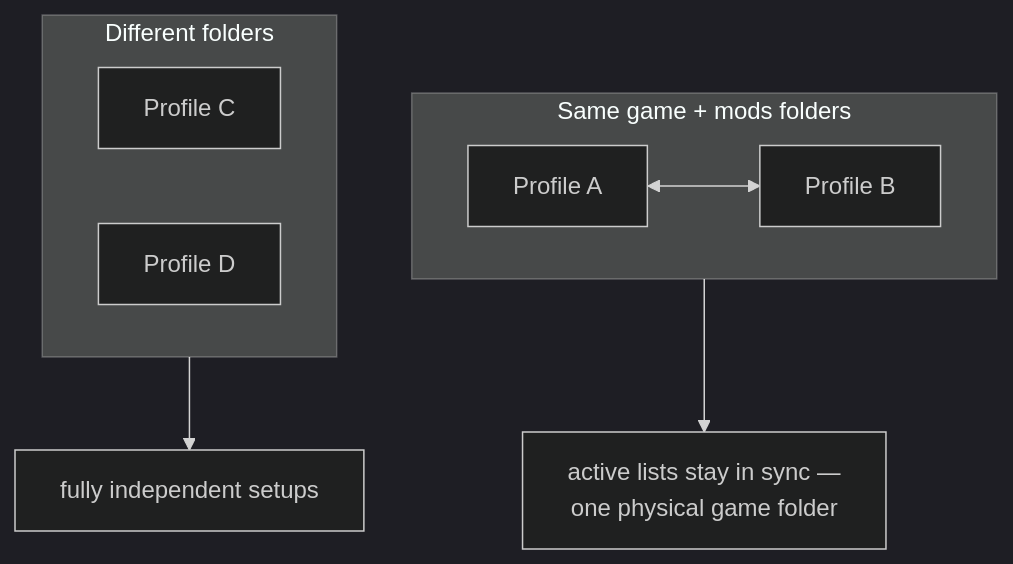
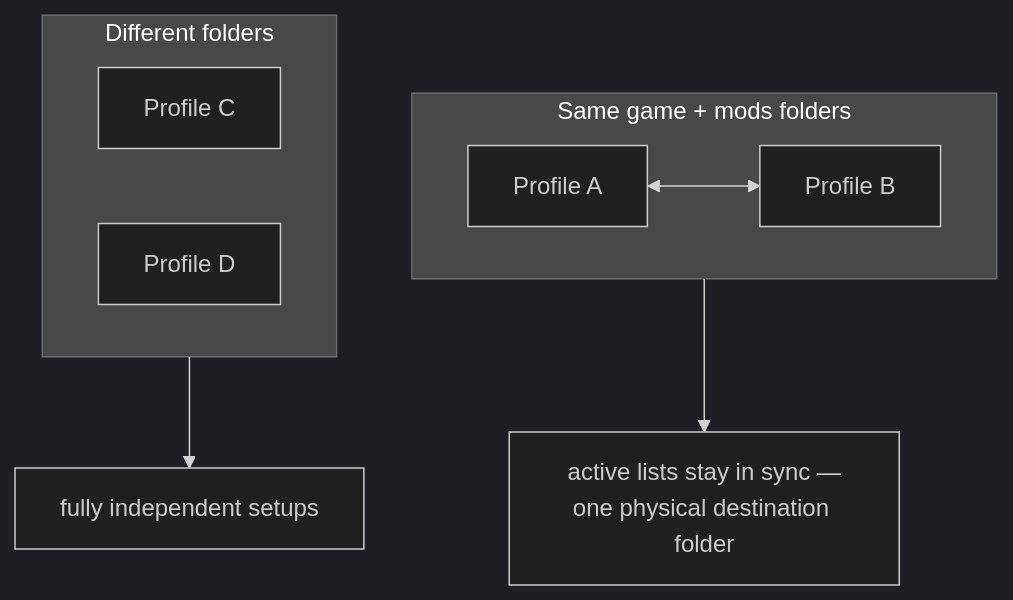
One commit to FreeProject089/BetterModsManager changed the second of 3 diagrams in frontend/assets/docs/en/how-it-works/profiles-activation.md. Above: the diagram before and after it, drawn with Mermaid (dark theme). The commit also changed other lines of this file and 37 other files, not shown here.

````diff
--- a/frontend/assets/docs/en/how-it-works/profiles-activation.md
+++ b/frontend/assets/docs/en/how-it-works/profiles-activation.md
@@ -58,12 +58,12 @@
 ```mermaid
 flowchart TB
     subgraph Same["Same game + mods folders"]
         P1["Profile A"] <--> P2["Profile B"]
     end
     subgraph Sep["Different folders"]
         P3["Profile C"]
         P4["Profile D"]
     end
-    Same --> NOTE["active lists stay in sync —<br/>one physical game folder"]
+    Same --> NOTE["active lists stay in sync —<br/>one physical destination folder"]
     Sep --> NOTE2["fully independent setups"]
 ```
````
